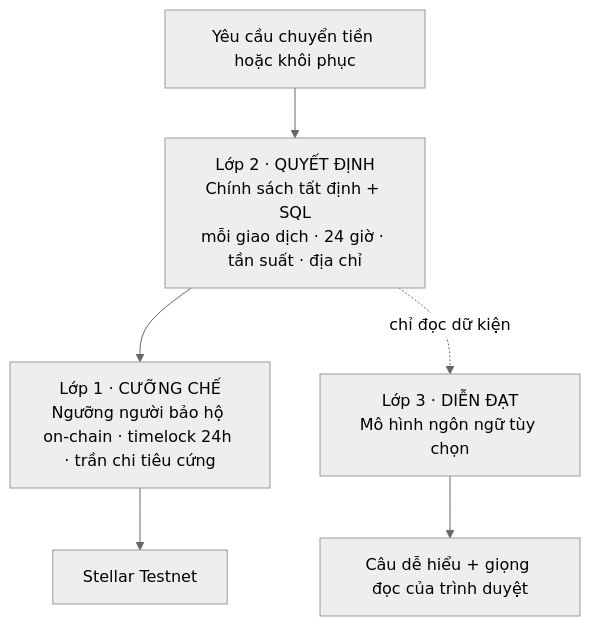
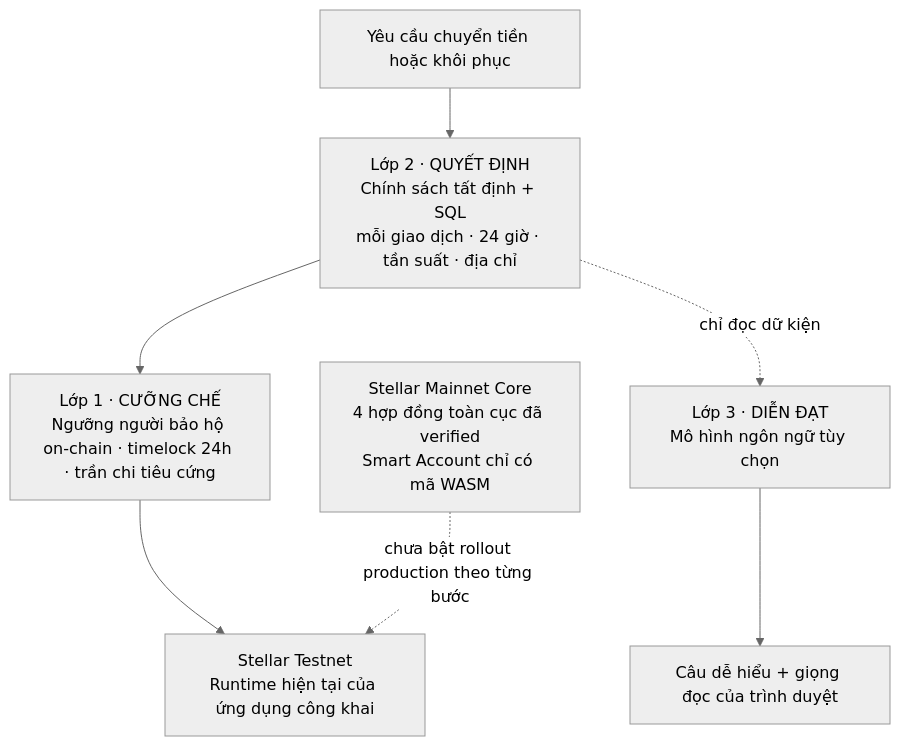
The fourth of 4 diagrams in README.vi.md (msci2049-hkt/vigiadinh), drawn with Mermaid (neutral theme) before and after one commit. The commit also changed other lines of this file and 2 other files, not shown here.

Commit message:
docs(readme): document verified Mainnet core

````diff
--- a/README.vi.md
+++ b/README.vi.md
@@ -183,8 +229,10 @@
 ```mermaid
 graph TD
     T["Yêu cầu chuyển tiền hoặc khôi phục"] --> L2["Lớp 2 · QUYẾT ĐỊNH<br/>Chính sách tất định + SQL<br/>mỗi giao dịch · 24 giờ · tần suất · địa chỉ"]
     L2 --> L1["Lớp 1 · CƯỠNG CHẾ<br/>Ngưỡng người bảo hộ on-chain · timelock 24h · trần chi tiêu cứng"]
-    L1 --> S["Stellar Testnet"]
+    L1 --> TN["Stellar Testnet<br/>Runtime hiện tại của ứng dụng công khai"]
     L2 -.->|"chỉ đọc dữ kiện"| L3["Lớp 3 · DIỄN ĐẠT<br/>Mô hình ngôn ngữ tùy chọn"]
     L3 --> U["Câu dễ hiểu + giọng đọc của trình duyệt"]
+    MN["Stellar Mainnet Core<br/>4 hợp đồng toàn cục đã verified<br/>Smart Account chỉ có mã WASM"]
+    MN -.->|"chưa bật rollout production theo từng bước"| TN
 ```
````
